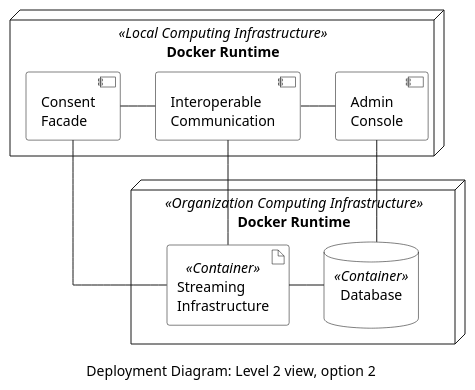
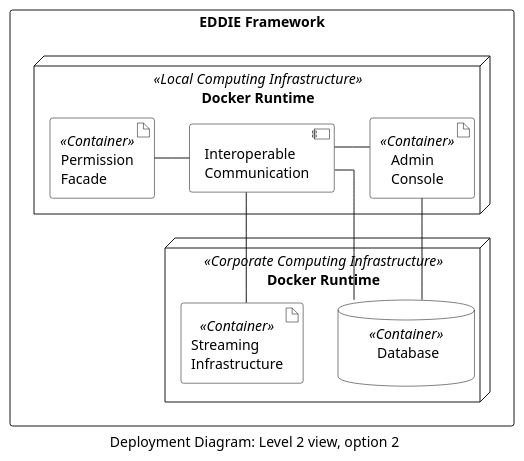
One commit to eddie-energy/architecture changed the diagram in arc42/07-deployment-view/figures/deployment-diagram-option-2.puml. Above: the diagram before and after it, drawn with PlantUML. The commit also changed 20 other files, not shown here.

```diff
--- a/arc42/07-deployment-view/figures/deployment-diagram-option-2.puml
+++ b/arc42/07-deployment-view/figures/deployment-diagram-option-2.puml
@@ -1,49 +1,44 @@
 @startuml deployment-diagram-option-2
 'deployment diagram
 caption Deployment Diagram: Level 2 view, option 2
 
 skinparam linetype ortho
 skinparam interface {
   backgroundColor transparent
   borderColor black
 }
 skinparam artifact{
   BorderColor black
   BackgroundColor transparent
 }
 skinparam component{
   BorderColor black
   BackgroundColor transparent
 }
 skinparam actor{
   BorderColor black
   BackgroundColor transparent
 }
 skinparam database{
   BorderColor black
   BackgroundColor transparent
 }
-skinparam rectangle{
-  BorderColor transparent
-  BackgroundColor transparent
-  FontColor transparent
+
+rectangle "EDDIE Framework" {
+  node "Docker Runtime" <<Local Computing Infrastructure>> as local {    
+    artifact "Permission\nFacade" <<Container>> as consentFacade
+    component "Interoperable\nCommunication" as comm
+    artifact "Admin\nConsole" <<Container>> as adminConsole
+  }
+  node "Docker Runtime" <<Corporate Computing Infrastructure>> as org {
+    artifact "Streaming\nInfrastructure" <<Container>> as broker
+    database "\tDatabase\t\n" <<Container>> as database
+  }
 }
-
-  node "Docker Runtime" <<Local Computing Infrastructure>> as local {    
-    component "Consent\nFacade" as consentFacade
-    component "Interoperable\nCommunication" as comm
-    component "Admin\nConsole" as adminConsole
-  }
-  node "Docker Runtime" <<Organization Computing Infrastructure>> as org {
-    artifact "Streaming\nInfrastructure" <<Container>> as broker
-    database "Database\n" <<Container>> as database
-  }
-
   consentFacade -right- comm
   adminConsole -left- comm
-  consentFacade -down- broker
-  database -left- broker
   comm -down- broker
-  adminConsole -down- database
+  comm -down- database
+  adminConsole -down- database 
 
 @enduml
```
